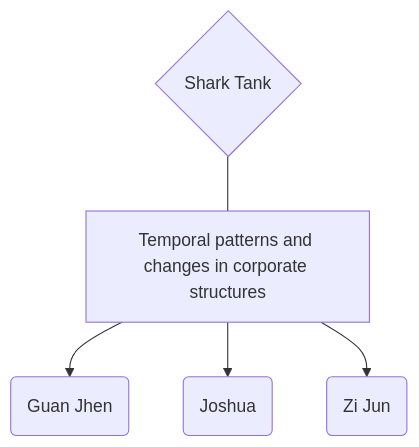
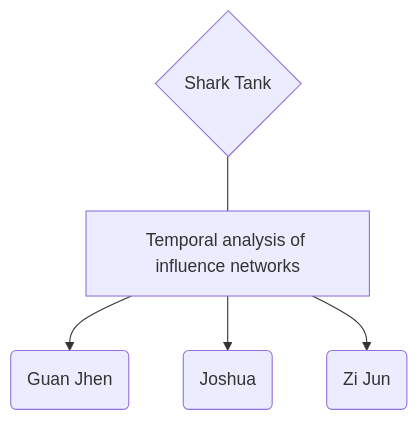
One commit to fure968/ISSS608-Project changed the diagram in about.qmd. Above: the diagram before and after it, drawn with Mermaid. The commit also changed other lines of this file and 4 other files, not shown here.

````diff
--- a/about.qmd
+++ b/about.qmd
@@ -13,7 +13,7 @@
 ```{mermaid}
 flowchart TD
-A{Shark Tank}--- B[Temporal patterns and changes in corporate structures]
+A{Shark Tank}--- B[Temporal analysis of influence networks]
 B --> C(Guan Jhen)
 B --> D(Joshua)
 B --> E(Zi Jun)
 ```
````
